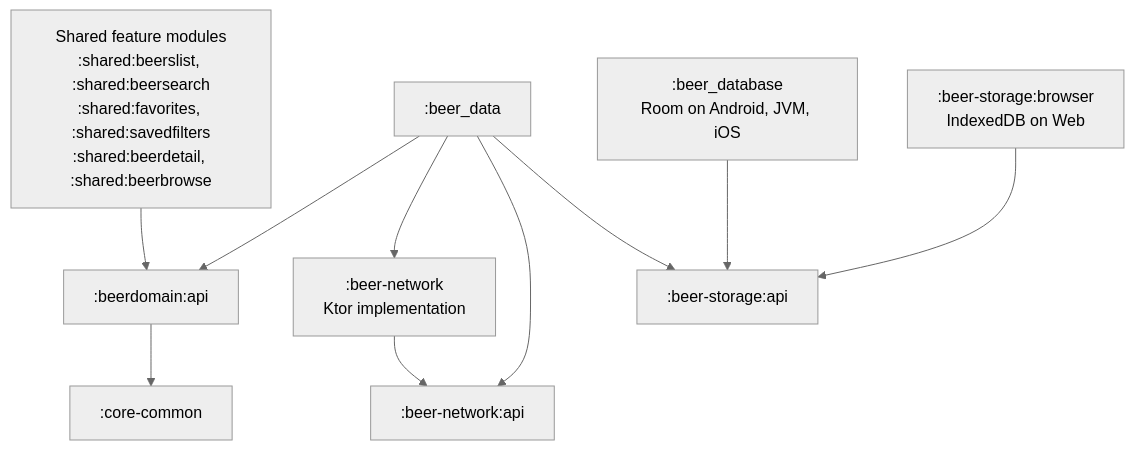
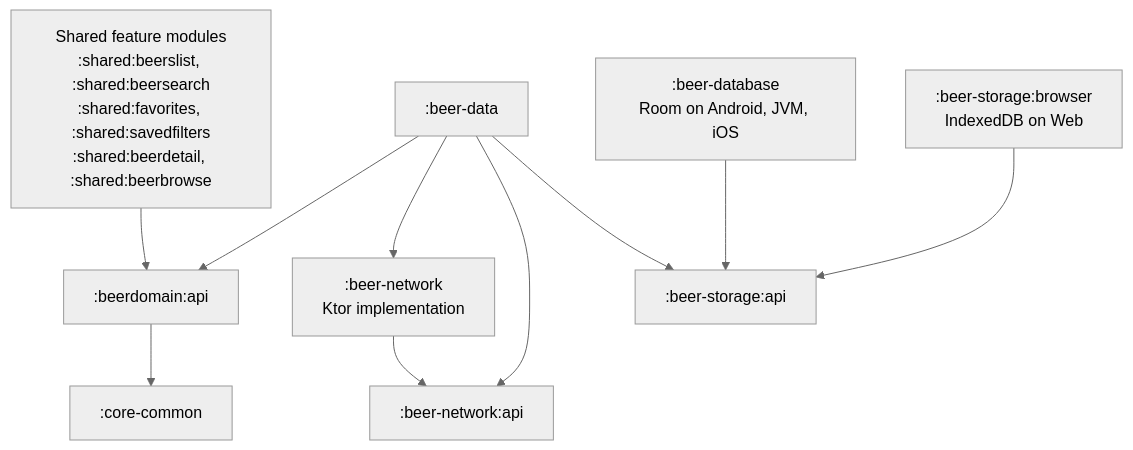
The second of 2 diagrams in README.md (simtop/BillionBeers), drawn with Mermaid (neutral theme) before and after one commit. The commit also changed other lines of this file and 132 other files, not shown here.

````diff
--- a/README.md
+++ b/README.md
@@ -165,22 +165,22 @@
 ```mermaid
 flowchart TB
     Screens["Shared feature modules<br/>:shared:beerslist, :shared:beersearch<br/>:shared:favorites, :shared:savedfilters<br/>:shared:beerdetail, :shared:beerbrowse"]
     Domain[":beerdomain:api"]
     Common[":core-common"]
-    Data[":beer_data"]
+    Data[":beer-data"]
     Network[":beer-network<br/>Ktor implementation"]
     NetworkAPI[":beer-network:api"]
     Storage[":beer-storage:api"]
-    Room[":beer_database<br/>Room on Android, JVM, iOS"]
+    Room[":beer-database<br/>Room on Android, JVM, iOS"]
     Browser[":beer-storage:browser<br/>IndexedDB on Web"]
 
     Screens --> Domain
     Data --> Domain
     Domain --> Common
     Data --> Network
     Data --> NetworkAPI
     Network --> NetworkAPI
     Data --> Storage
     Room --> Storage
     Browser --> Storage
 ```
````
